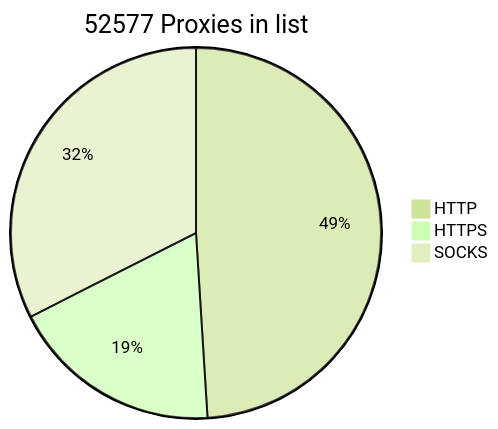
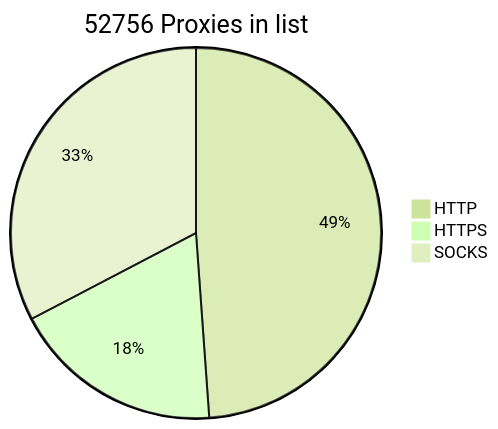
Before and after one commit to BlackSnowDot/proxylist-update-every-minute: the diagram in README.md, drawn with Mermaid (forest theme).

````diff
--- a/README.md
+++ b/README.md
@@ -2,6 +2,6 @@
 ```mermaid
-pie title 52577 Proxies in list
+pie title 52756 Proxies in list
     "HTTP" : 29012
-    "HTTPS": 10971
-    "SOCKS" : 19216
+    "HTTPS": 10974
+    "SOCKS" : 19393
 ```
````
